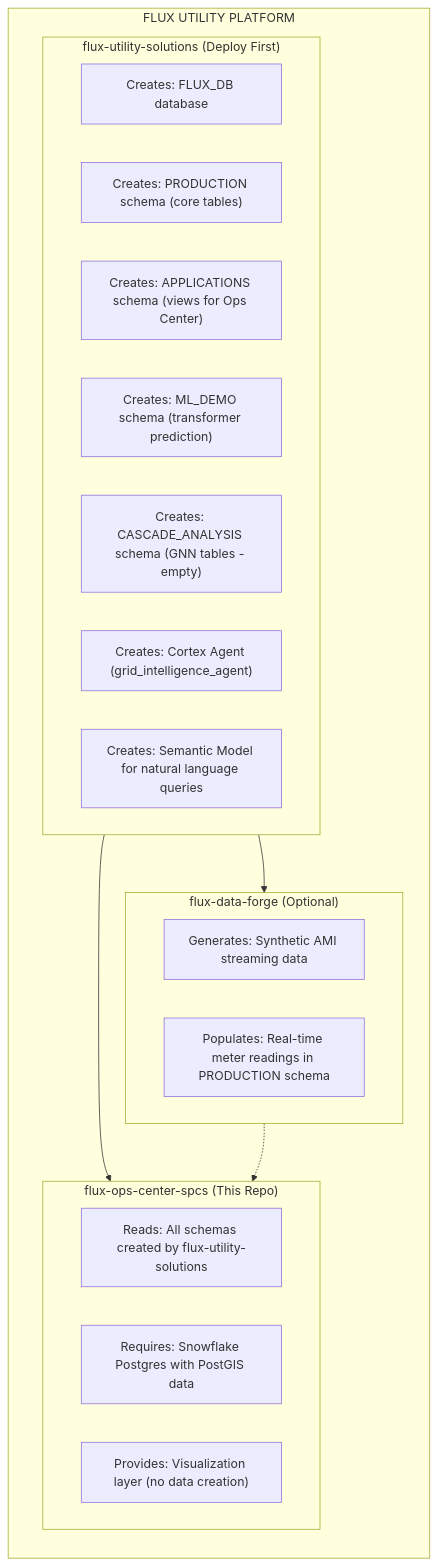
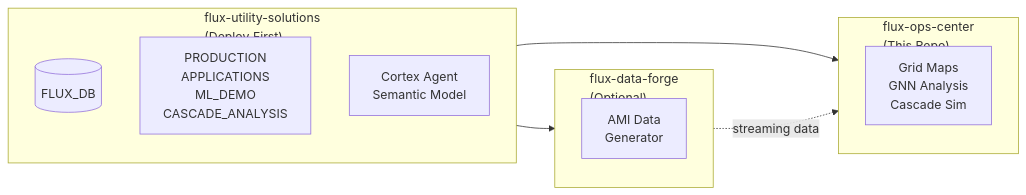
The first of 3 diagrams in README.md (sfc-gh-abannerjee/flux-ops-center-spcs), drawn with Mermaid before and after one commit. The commit also changed other lines of this file and 1 other file, not shown here.

Commit message:
Redesign Mermaid diagrams for horizontal layout
- Change flowchart TB to LR for left-to-right flow
- Consolidate verbose node lists into compact grouped nodes
- Reduce vertical scrolling in README diagrams

.... Generated with [Cortex Code](https://docs.snowflake.com/user-guide/snowflake-cortex/cortex-agents)

````diff
--- a/README.md
+++ b/README.md
@@ -640,31 +640,20 @@
 ```mermaid
-flowchart TB
-    subgraph Platform["FLUX UTILITY PLATFORM"]
-        direction TB
-        
-        subgraph FUS["flux-utility-solutions (Deploy First)"]
-            FUS1["Creates: FLUX_DB database"]
-            FUS2["Creates: PRODUCTION schema (core tables)"]
-            FUS3["Creates: APPLICATIONS schema (views for Ops Center)"]
-            FUS4["Creates: ML_DEMO schema (transformer prediction)"]
-            FUS5["Creates: CASCADE_ANALYSIS schema (GNN tables - empty)"]
-            FUS6["Creates: Cortex Agent (grid_intelligence_agent)"]
-            FUS7["Creates: Semantic Model for natural language queries"]
-        end
-        
-        subgraph FDF["flux-data-forge (Optional)"]
-            FDF1["Generates: Synthetic AMI streaming data"]
-            FDF2["Populates: Real-time meter readings in PRODUCTION schema"]
-        end
-        
-        subgraph FOC["flux-ops-center-spcs (This Repo)"]
-            FOC1["Reads: All schemas created by flux-utility-solutions"]
-            FOC2["Requires: Snowflake Postgres with PostGIS data"]
-            FOC3["Provides: Visualization layer (no data creation)"]
-        end
+flowchart LR
+    subgraph FUS["flux-utility-solutions<br/>(Deploy First)"]
+        FUS_DB[("FLUX_DB")]
+        FUS_SCHEMAS["PRODUCTION<br/>APPLICATIONS<br/>ML_DEMO<br/>CASCADE_ANALYSIS"]
+        FUS_AI["Cortex Agent<br/>Semantic Model"]
+    end
+    
+    subgraph FDF["flux-data-forge<br/>(Optional)"]
+        FDF_GEN["AMI Data<br/>Generator"]
+    end
+    
+    subgraph FOC["flux-ops-center<br/>(This Repo)"]
+        FOC_VIZ["Grid Maps<br/>GNN Analysis<br/>Cascade Sim"]
     end
     
     FUS --> FDF
     FUS --> FOC
-    FDF -.-> FOC
+    FDF -.->|streaming data| FOC
 ```
````
